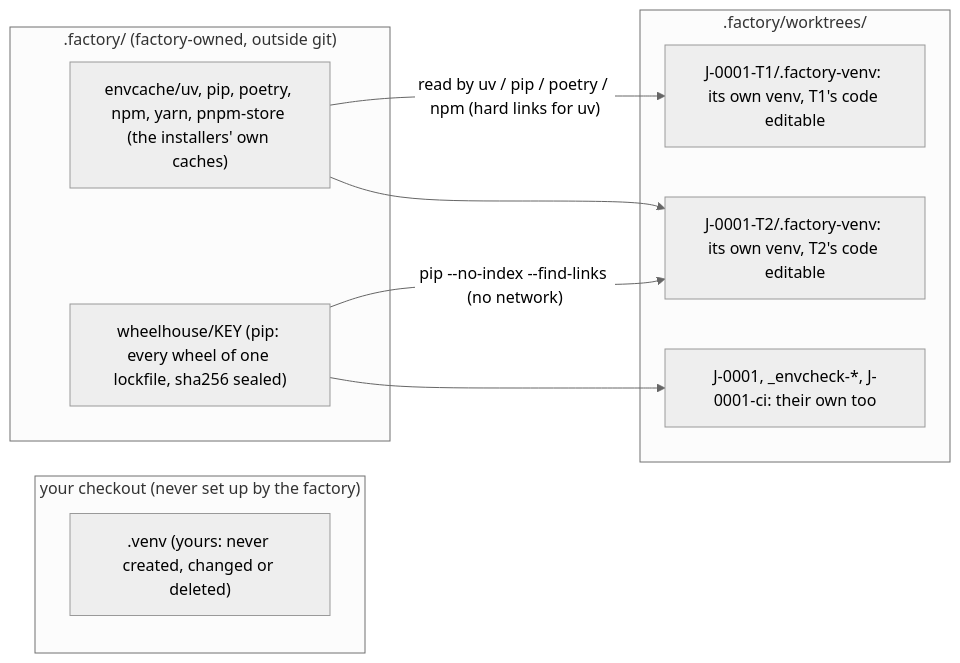
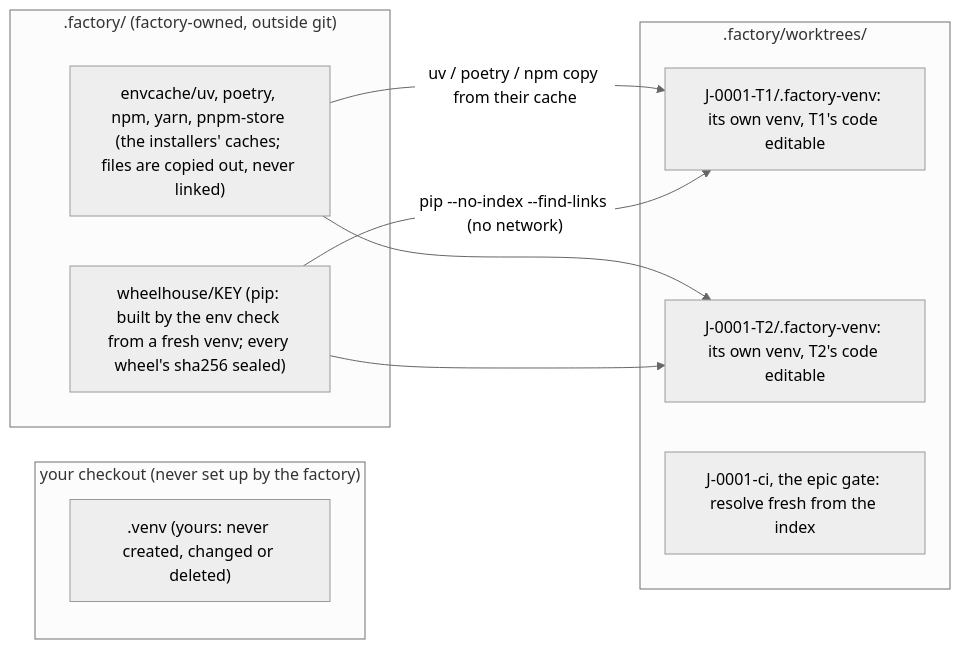
One commit to reshif/copilot-factory changed the diagram in plugins/factory/docs/ENVIRONMENT.md. Above: the diagram before and after it, drawn with Mermaid (neutral theme). The commit also changed other lines of this file and 10 other files, not shown here.

````diff
--- a/plugins/factory/docs/ENVIRONMENT.md
+++ b/plugins/factory/docs/ENVIRONMENT.md
@@ -9,19 +9,19 @@
 ```mermaid
 flowchart LR
   subgraph repo["your checkout (never set up by the factory)"]
     venv[".venv (yours: never created, changed or deleted)"]
   end
   subgraph cache[".factory/ (factory-owned, outside git)"]
-    c1["envcache/uv, pip, poetry, npm, yarn, pnpm-store (the installers' own caches)"]
-    c2["wheelhouse/KEY (pip: every wheel of one lockfile, sha256 sealed)"]
+    c1["envcache/uv, poetry, npm, yarn, pnpm-store (the installers' caches; files are copied out, never linked)"]
+    c2["wheelhouse/KEY (pip: built by the env check from a fresh venv; every wheel's sha256 sealed)"]
   end
   subgraph wts[".factory/worktrees/"]
     t1["J-0001-T1/.factory-venv: its own venv, T1's code editable"]
     t2["J-0001-T2/.factory-venv: its own venv, T2's code editable"]
-    job["J-0001, _envcheck-*, J-0001-ci: their own too"]
+    ci["J-0001-ci, the epic gate: resolve fresh from the index"]
   end
-  c1 -- "read by uv / pip / poetry / npm (hard links for uv)" --> t1
+  c1 -- "uv / poetry / npm copy from their cache" --> t1
   c1 --> t2
-  c2 -- "pip --no-index --find-links (no network)" --> t2
-  c2 --> job
+  c2 -- "pip --no-index --find-links (no network)" --> t1
+  c2 --> t2
 ```
````
